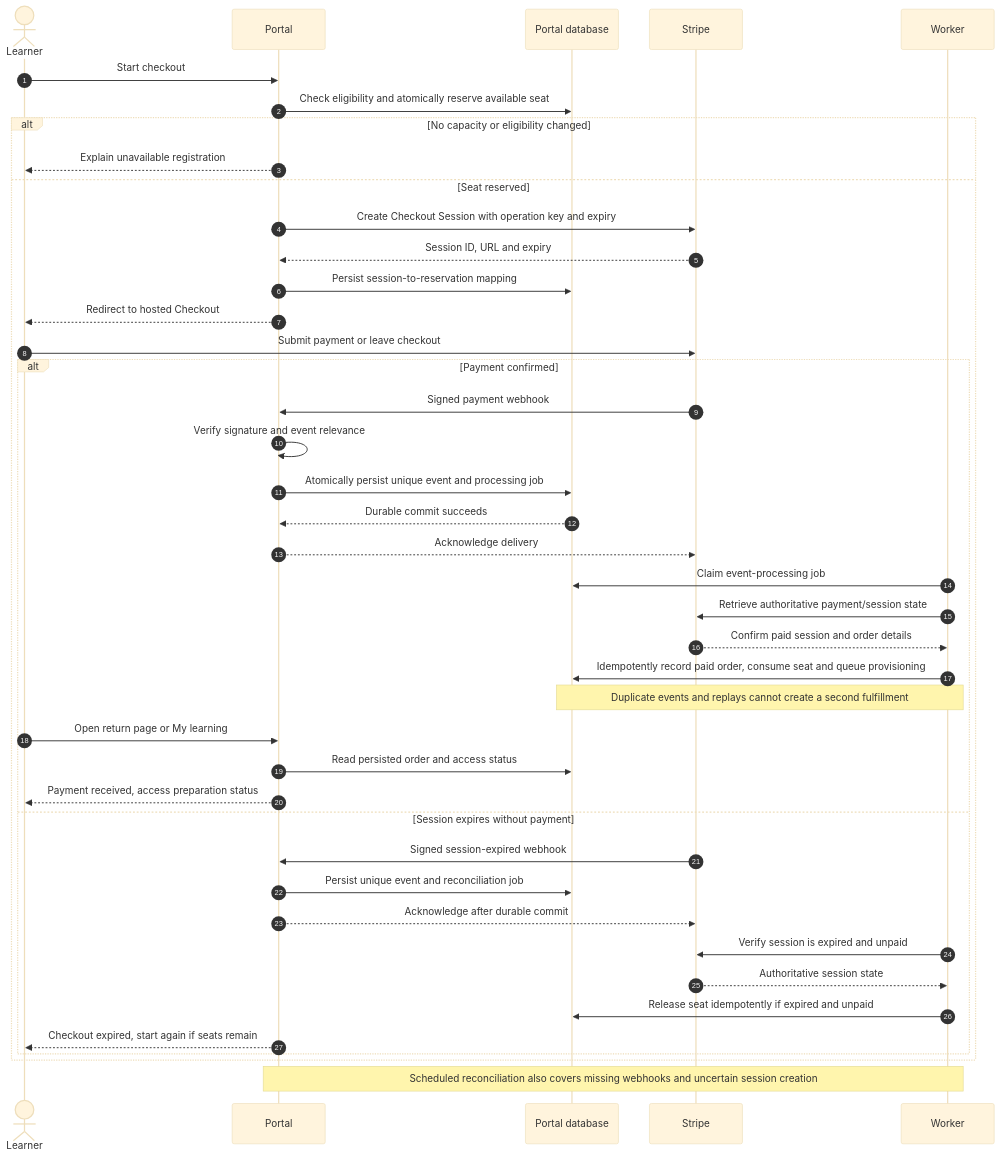
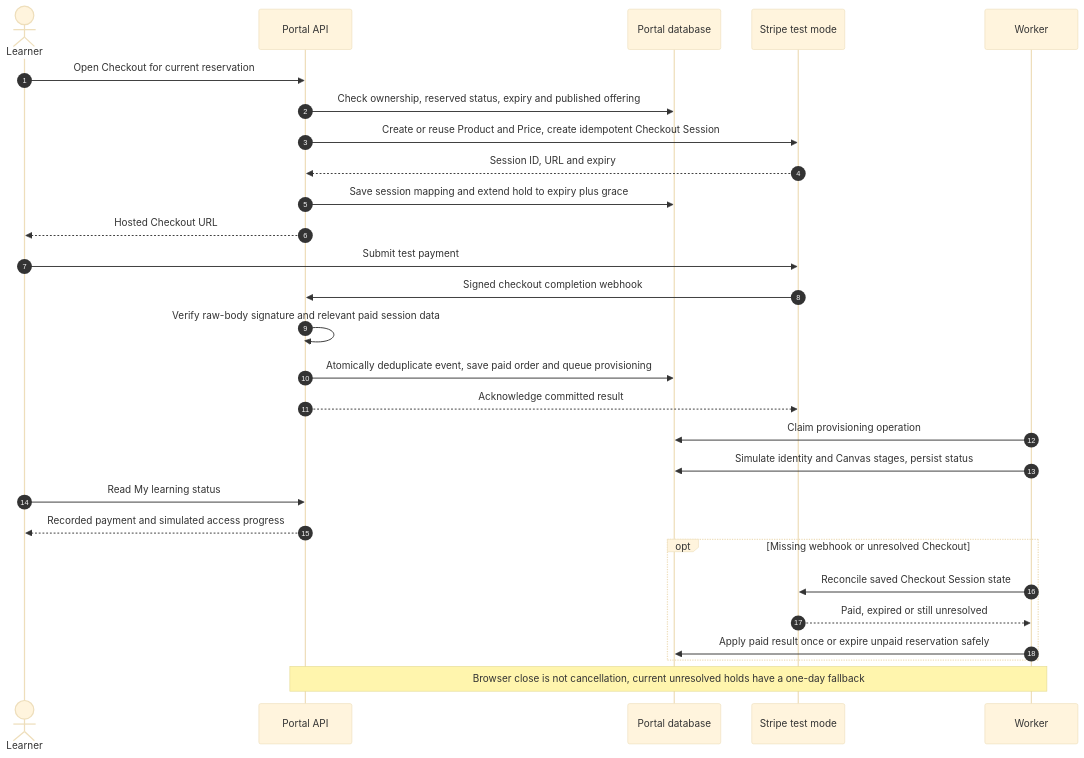
Before and after one commit to dr-grizz/Continuing-Education: the eighth of 14 diagrams in docs/implementation-plan.md, drawn with Mermaid (base theme). The commit also changed other lines of this file and 74 other files, not shown here.

First line of the commit message:
Implement Canvas OAuth course imports and offering controls

````diff
--- a/docs/implementation-plan.md
+++ b/docs/implementation-plan.md
@@ -508,44 +644,30 @@
 ```mermaid
 sequenceDiagram
     autonumber
     actor Learner
-    participant Portal
+    participant API as Portal API
     participant DB as Portal database
-    participant Stripe
+    participant Stripe as Stripe test mode
     participant Worker
-    Learner->>Portal: Start checkout
-    Portal->>DB: Check eligibility and atomically reserve available seat
-    alt No capacity or eligibility changed
-        Portal-->>Learner: Explain unavailable registration
-    else Seat reserved
-        Portal->>Stripe: Create Checkout Session with operation key and expiry
-        Stripe-->>Portal: Session ID, URL and expiry
-        Portal->>DB: Persist session-to-reservation mapping
-        Portal-->>Learner: Redirect to hosted Checkout
-        Learner->>Stripe: Submit payment or leave checkout
-        alt Payment confirmed
-            Stripe->>Portal: Signed payment webhook
-            Portal->>Portal: Verify signature and event relevance
-            Portal->>DB: Atomically persist unique event and processing job
-            DB-->>Portal: Durable commit succeeds
-            Portal-->>Stripe: Acknowledge delivery
-            Worker->>DB: Claim event-processing job
-            Worker->>Stripe: Retrieve authoritative payment/session state
-            Stripe-->>Worker: Confirm paid session and order details
-            Worker->>DB: Idempotently record paid order, consume seat and queue provisioning
-            Note over Worker,DB: Duplicate events and replays cannot create a second fulfillment
-            Learner->>Portal: Open return page or My learning
-            Portal->>DB: Read persisted order and access status
-            Portal-->>Learner: Payment received, access preparation status
-        else Session expires without payment
-            Stripe->>Portal: Signed session-expired webhook
-            Portal->>DB: Persist unique event and reconciliation job
-            Portal-->>Stripe: Acknowledge after durable commit
-            Worker->>Stripe: Verify session is expired and unpaid
-            Stripe-->>Worker: Authoritative session state
-            Worker->>DB: Release seat idempotently if expired and unpaid
-            Portal-->>Learner: Checkout expired, start again if seats remain
-        end
+    Learner->>API: Open Checkout for current reservation
+    API->>DB: Check ownership, reserved status, expiry and published offering
+    API->>Stripe: Create or reuse Product and Price, create idempotent Checkout Session
+    Stripe-->>API: Session ID, URL and expiry
+    API->>DB: Save session mapping and extend hold to expiry plus grace
+    API-->>Learner: Hosted Checkout URL
+    Learner->>Stripe: Submit test payment
+    Stripe->>API: Signed checkout completion webhook
+    API->>API: Verify raw-body signature and relevant paid session data
+    API->>DB: Atomically deduplicate event, save paid order and queue provisioning
+    API-->>Stripe: Acknowledge committed result
+    Worker->>DB: Claim provisioning operation
+    Worker->>DB: Simulate identity and Canvas stages, persist status
+    Learner->>API: Read My learning status
+    API-->>Learner: Recorded payment and simulated access progress
+    opt Missing webhook or unresolved Checkout
+        Worker->>Stripe: Reconcile saved Checkout Session state
+        Stripe-->>Worker: Paid, expired or still unresolved
+        Worker->>DB: Apply paid result once or expire unpaid reservation safely
     end
-    Note over Portal,Worker: Scheduled reconciliation also covers missing webhooks and uncertain session creation
+    Note over API,Worker: Browser close is not cancellation, current unresolved holds have a one-day fallback
 ```
````
